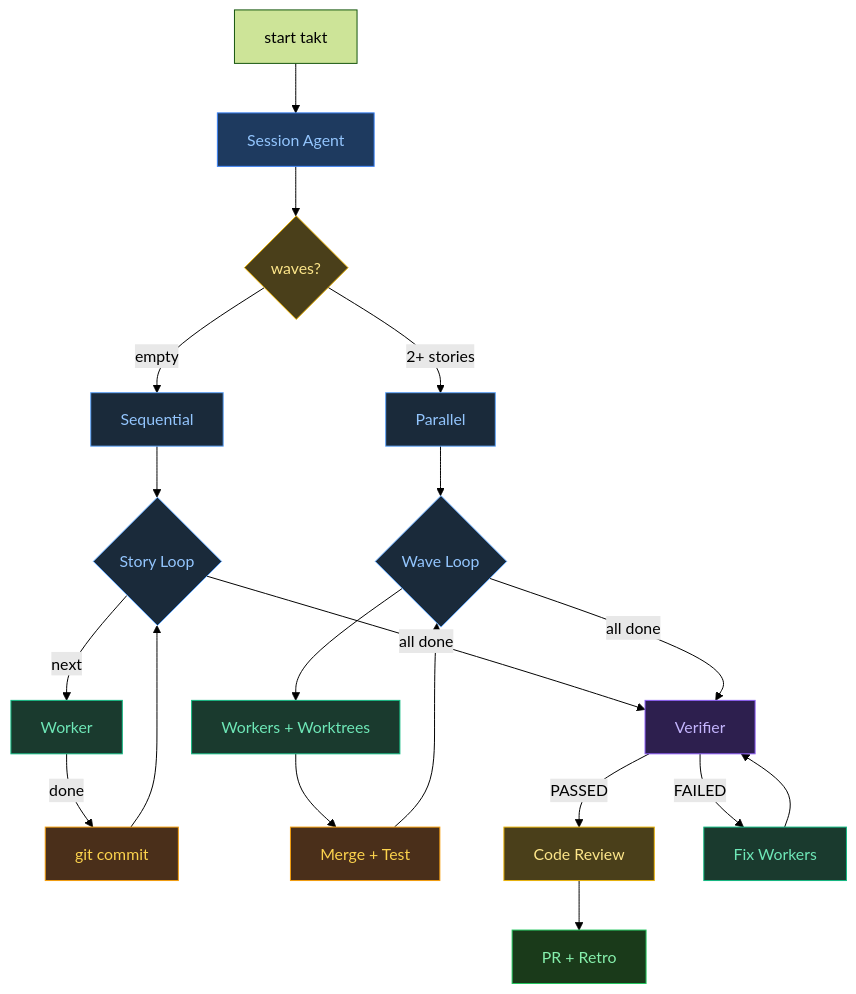
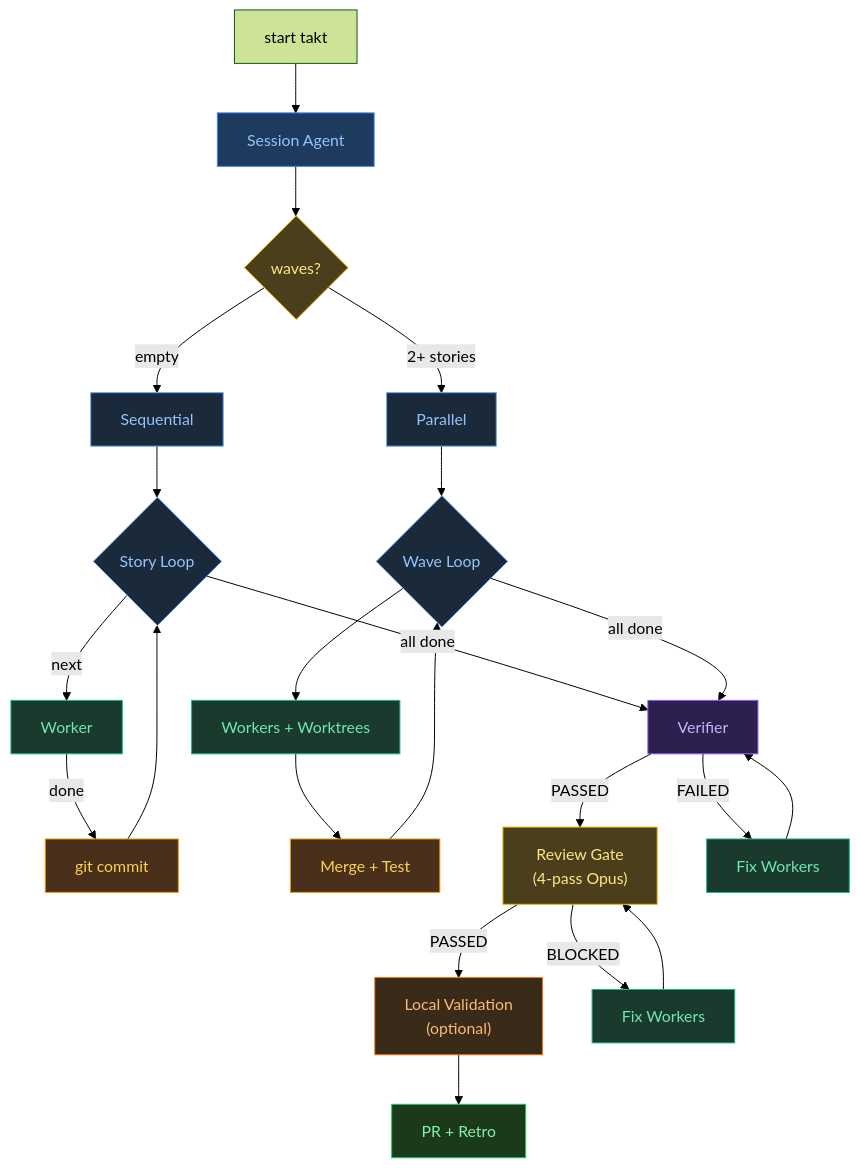
Before and after one commit to Sebstrdigital/takt: the third of 3 diagrams in README.md, drawn with Mermaid (forest theme). The commit also changed other lines of this file, not shown here.

First line of the commit message:
docs: update README to reflect lean cleanup — unified review gate, new files, external workers

````diff
--- a/README.md
+++ b/README.md
@@ -114,36 +114,41 @@
 ```mermaid
 graph TD
     U["start takt"] --> S["Session Agent"]
     S --> D{"waves?"}
     D -- "empty" --> SQ["Sequential"]
     D -- "2+ stories" --> PL["Parallel"]
     SQ --> L{"Story Loop"}
     PL --> WL{"Wave Loop"}
     L -- "next" --> W["Worker"]
     W -- "done" --> GC["git commit"]
     GC --> L
     WL --> WK["Workers + Worktrees"]
     WK --> MG["Merge + Test"]
     MG --> WL
     L -- "all done" --> SV["Verifier"]
     WL -- "all done" --> SV
-    SV -- "PASSED" --> CR["Code Review"]
+    SV -- "PASSED" --> CR["Review Gate\n(4-pass Opus)"]
     SV -- "FAILED" --> FW["Fix Workers"]
     FW --> SV
-    CR --> PR["PR + Retro"]
+    CR -- "PASSED" --> LV["Local Validation\n(optional)"]
+    CR -- "BLOCKED" --> FW2["Fix Workers"]
+    FW2 --> CR
+    LV --> PR["PR + Retro"]
 
     style S fill:#1e3a5f,stroke:#3b82f6,color:#93c5fd
     style D fill:#4a3f1a,stroke:#eab308,color:#fde68a
     style SQ fill:#1a2a3a,stroke:#60a5fa,color:#93c5fd
     style PL fill:#1a2a3a,stroke:#60a5fa,color:#93c5fd
     style W fill:#1a3a2e,stroke:#10b981,color:#6ee7b7
     style WK fill:#1a3a2e,stroke:#10b981,color:#6ee7b7
     style FW fill:#1a3a2e,stroke:#10b981,color:#6ee7b7
     style GC fill:#4a2f1a,stroke:#f59e0b,color:#fcd34d
     style MG fill:#4a2f1a,stroke:#f59e0b,color:#fcd34d
     style SV fill:#2d1f4e,stroke:#8b5cf6,color:#c4b5fd
     style CR fill:#4a3f1a,stroke:#eab308,color:#fde68a
+    style LV fill:#3a2a1a,stroke:#f97316,color:#fdba74
+    style FW2 fill:#1a3a2e,stroke:#10b981,color:#6ee7b7
     style PR fill:#1a3a1a,stroke:#22c55e,color:#86efac
     style L fill:#1a2a3a,stroke:#60a5fa,color:#93c5fd
     style WL fill:#1a2a3a,stroke:#60a5fa,color:#93c5fd
 ```
````
